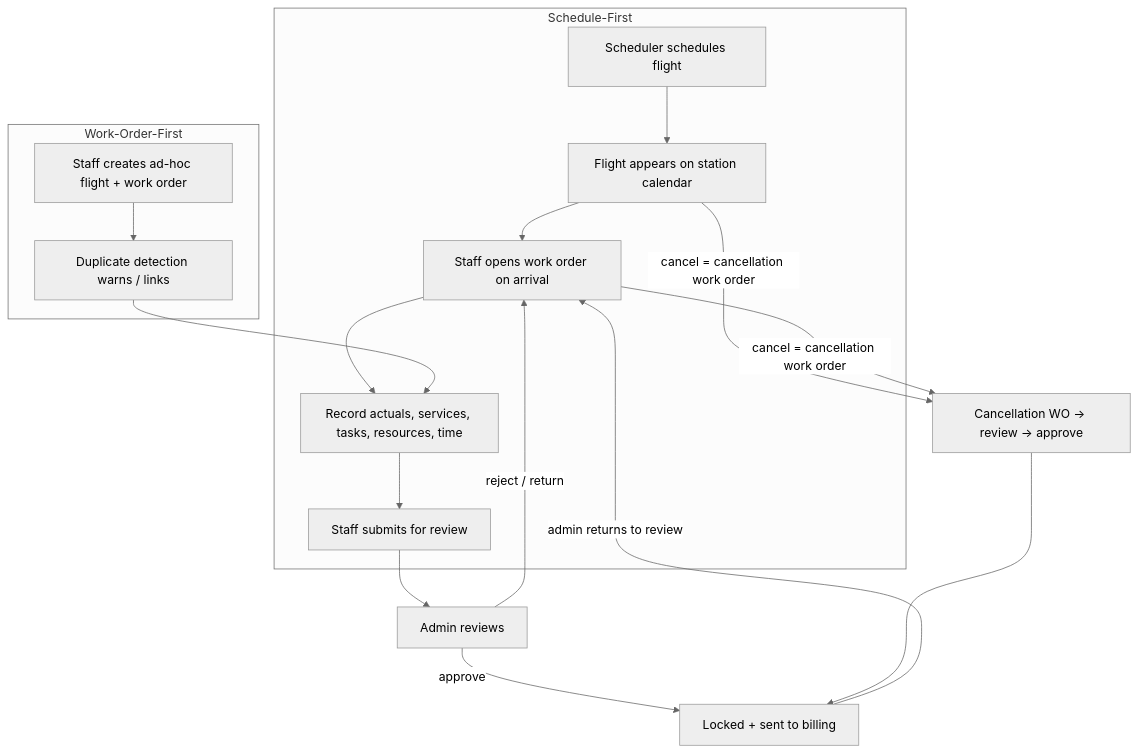
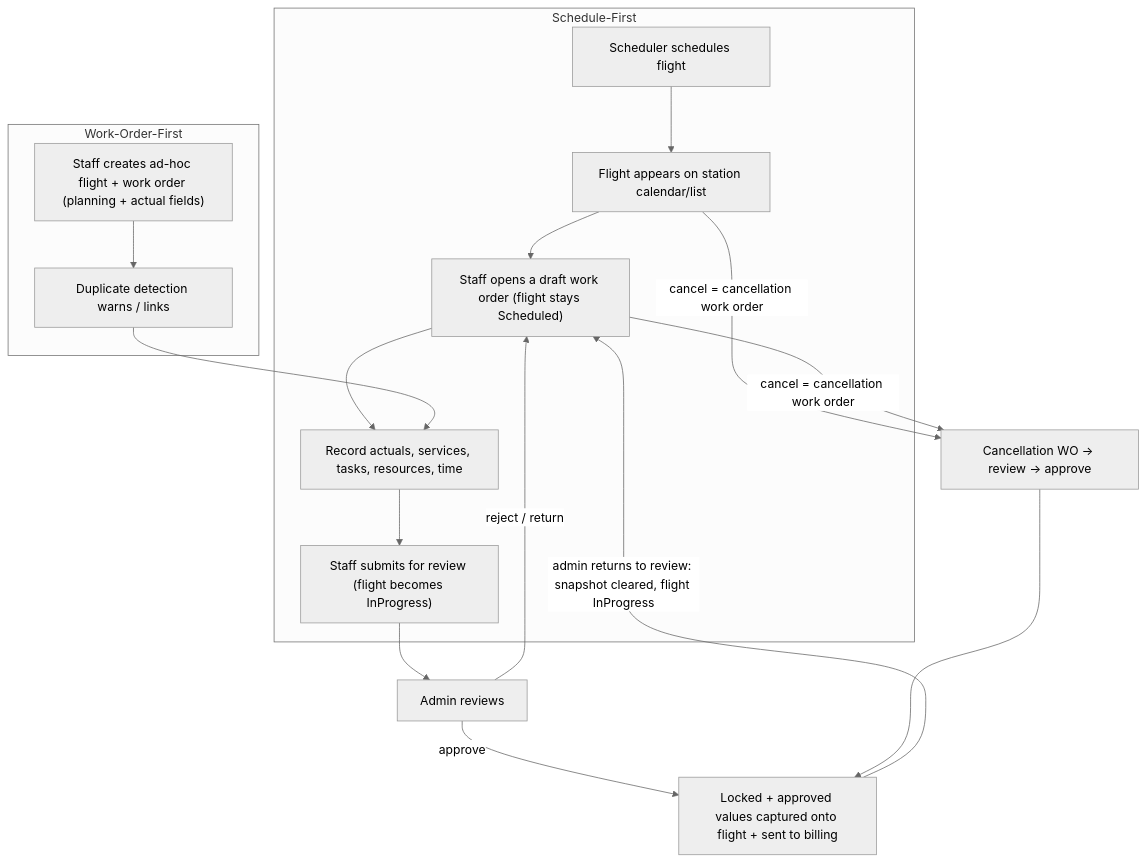
The first of 2 diagrams in docs/modules/operations-foundation.md (houranigit/NAGS.OperationSystem), drawn with Mermaid (neutral theme) before and after one commit. The commit also changed other lines of this file and 50 other files, not shown here.

````diff
--- a/docs/modules/operations-foundation.md
+++ b/docs/modules/operations-foundation.md
@@ -52,20 +52,20 @@
 ```mermaid
 flowchart TD
     subgraph scheduleFirst [Schedule-First]
-      A1[Scheduler schedules flight] --> A2[Flight appears on station calendar]
-      A2 --> A3[Staff opens work order on arrival]
+      A1[Scheduler schedules flight] --> A2[Flight appears on station calendar/list]
+      A2 --> A3["Staff opens a draft work order (flight stays Scheduled)"]
       A3 --> A4[Record actuals, services, tasks, resources, time]
-      A4 --> A5[Staff submits for review]
+      A4 --> A5["Staff submits for review (flight becomes InProgress)"]
     end
     subgraph workOrderFirst [Work-Order-First]
-      B1[Staff creates ad-hoc flight + work order] --> B2[Duplicate detection warns / links]
+      B1["Staff creates ad-hoc flight + work order (planning + actual fields)"] --> B2[Duplicate detection warns / links]
       B2 --> A4
     end
     A5 --> C1[Admin reviews]
-    C1 -->|approve| C2[Locked + sent to billing]
+    C1 -->|approve| C2[Locked + approved values captured onto flight + sent to billing]
     C1 -->|reject / return| A3
-    C2 -->|admin returns to review| A3
+    C2 -->|admin returns to review: snapshot cleared, flight InProgress| A3
     A2 -->|cancel = cancellation work order| E1[Cancellation WO -> review -> approve]
     A3 -->|cancel = cancellation work order| E1
     E1 --> C2
 ```
````
